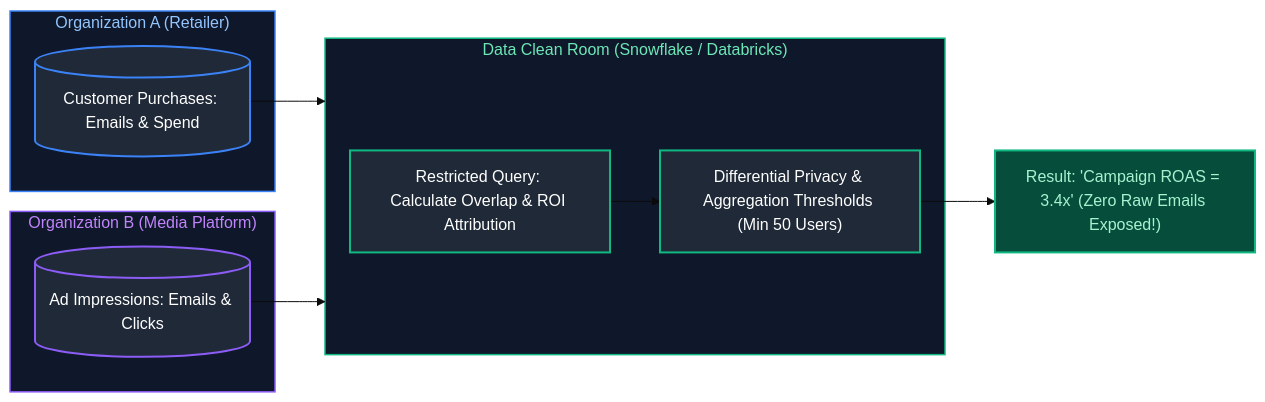
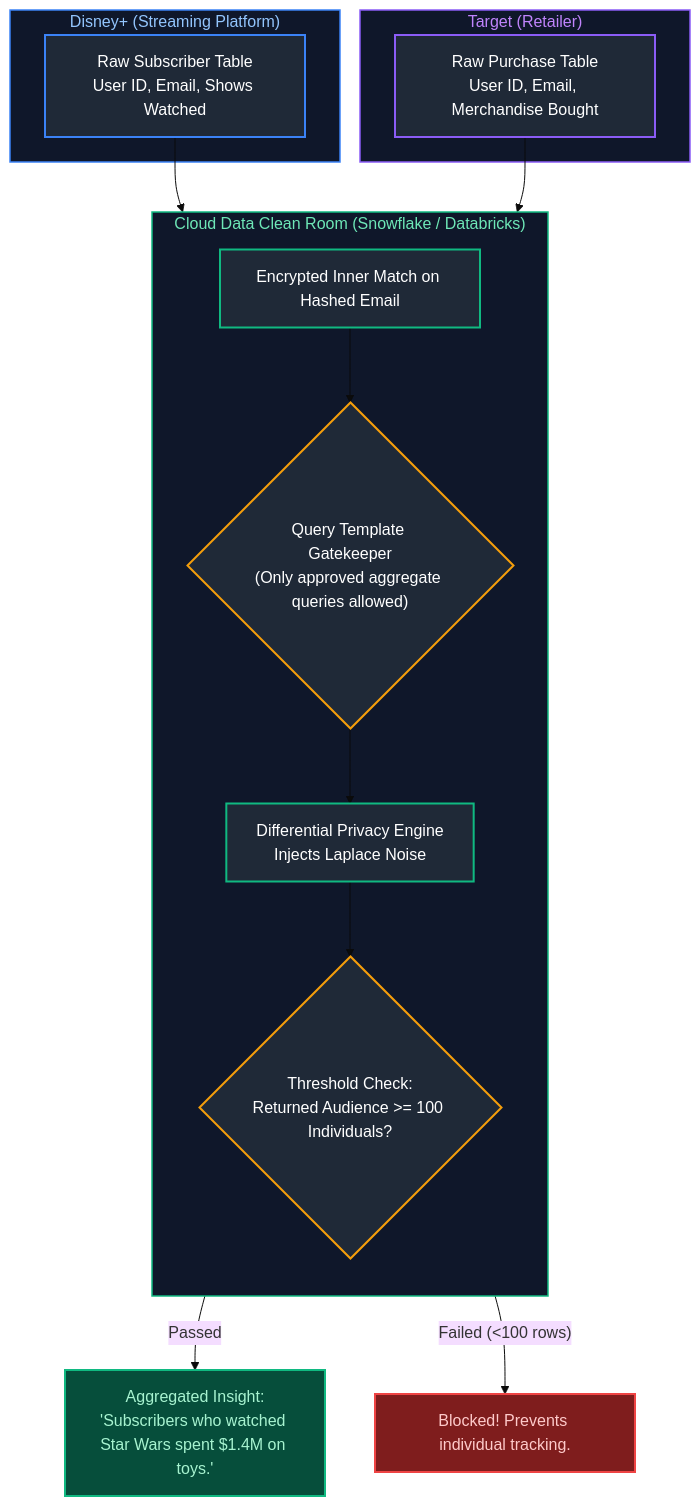
The sixth of 9 diagrams in Data Engineering/14_data_governance_security_and_observability.md (joydeep-biswas/Interview-Preparation), drawn with Mermaid (base theme) before and after one commit. The commit also changed other lines of this file and 143 other files, not shown here.

````diff
--- a/Data Engineering/14_data_governance_security_and_observability.md
+++ b/Data Engineering/14_data_governance_security_and_observability.md
@@ -358,29 +550,36 @@
 ```mermaid
-flowchart LR
-    subgraph OrgA ["Organization A (Retailer)"]
-        DataA[(Customer Purchases: Emails & Spend)]
+flowchart TD
+    subgraph DisneyCorp ["Disney+ (Streaming Platform)"]
+        D_Data["Raw Subscriber Table<br/>User ID, Email, Shows Watched"]
     end
 
-    subgraph OrgB ["Organization B (Media Platform)"]
-        DataB[(Ad Impressions: Emails & Clicks)]
+    subgraph TargetCorp ["Target (Retailer)"]
+        T_Data["Raw Purchase Table<br/>User ID, Email, Merchandise Bought"]
     end
 
-    subgraph CleanRoom ["Data Clean Room (Snowflake / Databricks)"]
-        OverlapQuery["Restricted Query: Calculate Overlap & ROI Attribution"]
-        PrivacyBudget["Differential Privacy & Aggregation Thresholds (Min 50 Users)"]
-        OverlapQuery --> PrivacyBudget
+    subgraph CleanRoom ["Cloud Data Clean Room (Snowflake / Databricks)"]
+        direction TB
+        CryptographicJoin["Encrypted Inner Match on Hashed Email"]
+        QueryContract{"Query Template Gatekeeper<br/>(Only approved aggregate queries allowed)"}
+        NoiseEngine["Differential Privacy Engine<br/>Injects Laplace Noise"]
+        ThresholdGate{"Threshold Check:<br/>Returned Audience >= 100 Individuals?"}
+        
+        CryptographicJoin --> QueryContract --> NoiseEngine --> ThresholdGate
     end
 
-    DataA & DataB --> CleanRoom
-    PrivacyBudget --> Output["Result: 'Campaign ROAS = 3.4x' (Zero Raw Emails Exposed!)"]
+    D_Data & T_Data --> CryptographicJoin
+    ThresholdGate -- Passed --> Output["Aggregated Insight:<br/>'Subscribers who watched Star Wars spent $1.4M on toys.'"]
+    ThresholdGate -- Failed (<100 rows) --> Block["Blocked! Prevents individual tracking."]
 
-    style OrgA fill:#0f172a,stroke:#3b82f6,stroke-width:1.5px,color:#93c5fd
-    style OrgB fill:#0f172a,stroke:#8b5cf6,stroke-width:1.5px,color:#c084fc
+    style DisneyCorp fill:#0f172a,stroke:#3b82f6,stroke-width:1.5px,color:#93c5fd
+    style TargetCorp fill:#0f172a,stroke:#8b5cf6,stroke-width:1.5px,color:#c084fc
     style CleanRoom fill:#0f172a,stroke:#10b981,stroke-width:1.5px,color:#6ee7b7
-
-    style DataA fill:#1f2937,stroke:#3b82f6,stroke-width:2px,color:#fff
-    style DataB fill:#1f2937,stroke:#8b5cf6,stroke-width:2px,color:#fff
-    style OverlapQuery fill:#1f2937,stroke:#10b981,stroke-width:2px,color:#fff
-    style PrivacyBudget fill:#1f2937,stroke:#10b981,stroke-width:2px,color:#fff
+    style D_Data fill:#1f2937,stroke:#3b82f6,stroke-width:2px,color:#fff
+    style T_Data fill:#1f2937,stroke:#8b5cf6,stroke-width:2px,color:#fff
+    style CryptographicJoin fill:#1f2937,stroke:#10b981,stroke-width:2px,color:#fff
+    style QueryContract fill:#1f2937,stroke:#f59e0b,stroke-width:2px,color:#fff
+    style NoiseEngine fill:#1f2937,stroke:#10b981,stroke-width:2px,color:#fff
+    style ThresholdGate fill:#1f2937,stroke:#f59e0b,stroke-width:2px,color:#fff
     style Output fill:#064e3b,stroke:#10b981,stroke-width:2px,color:#a7f3d0
+    style Block fill:#7f1d1d,stroke:#ef4444,stroke-width:2px,color:#fecaca
 ```
````
